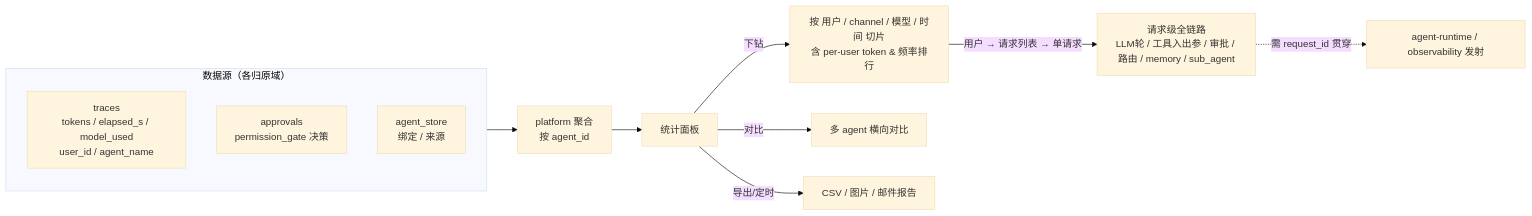
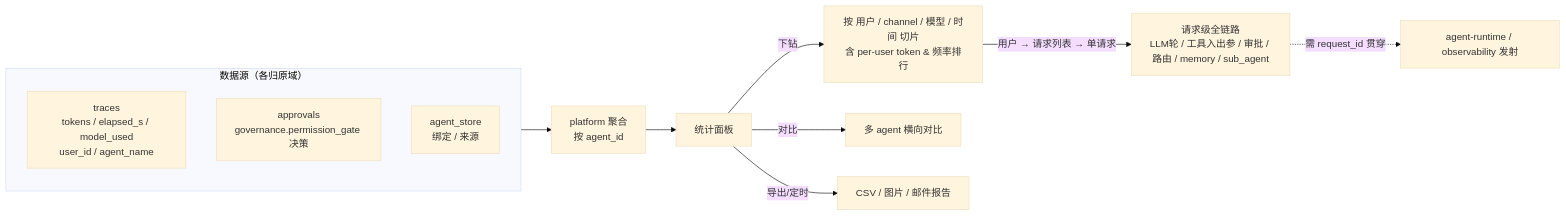
Diagram 17 of 21 in docs/capabilities/platform.md (Summy2104/fleetent), drawn with Mermaid (base theme) before and after one commit. The commit also changed other lines of this file and 20 other files, not shown here.

````diff
--- a/docs/capabilities/platform.md
+++ b/docs/capabilities/platform.md
@@ -597,15 +597,15 @@
 ```mermaid
 flowchart LR
     subgraph src["数据源（各归原域）"]
         TR["traces<br/>tokens / elapsed_s / model_used<br/>user_id / agent_name"]
-        AP["approvals<br/>permission_gate 决策"]
+        AP["approvals<br/>governance.permission_gate 决策"]
         ASr["agent_store<br/>绑定 / 来源"]
     end
     src --> AGG["platform 聚合<br/>按 agent_id"]
     AGG --> P["统计面板"]
     P -->|下钻| D["按 用户 / channel / 模型 / 时间 切片<br/>含 per-user token & 频率排行"]
     P -->|对比| C["多 agent 横向对比"]
     P -->|导出/定时| R["CSV / 图片 / 邮件报告"]
     D -->|用户 → 请求列表 → 单请求| RT["请求级全链路<br/>LLM轮 / 工具入出参 / 审批 / 路由 / memory / sub_agent"]
     RT -.需 request_id 贯穿.-> NEED["agent-runtime / observability 发射"]
 ```
````
